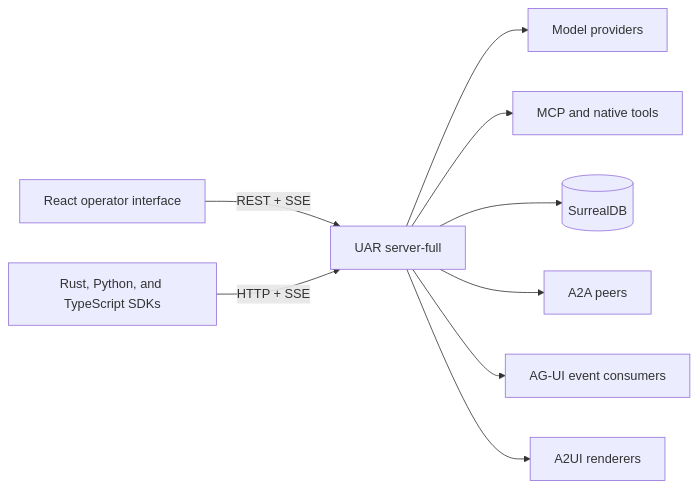
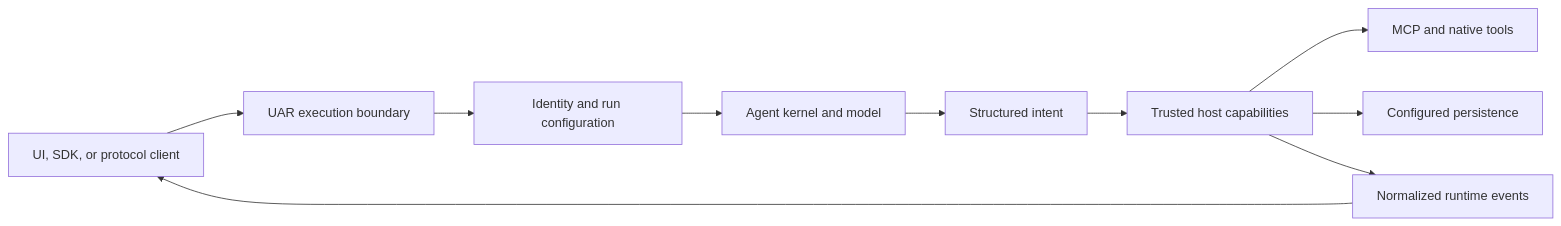
One commit to Prometheus-AGS/universal-agent-runtime changed the diagram in website/docs/architecture/intro.md. Above: the diagram before and after it, drawn with Mermaid. The commit also changed other lines of this file and 53 other files, not shown here.

Commit message:
docs: publish UAR architecture guide

````diff
--- a/website/docs/architecture/intro.md
+++ b/website/docs/architecture/intro.md
@@ -8,11 +32,12 @@
 ```mermaid
 flowchart LR
-    UI[React operator interface] -->|REST + SSE| UAR[UAR server-full]
-    SDK[Rust, Python, and TypeScript SDKs] -->|HTTP + SSE| UAR
-    UAR --> LLM[Model providers]
-    UAR --> MCP[MCP and native tools]
-    UAR --> DB[(SurrealDB)]
-    UAR --> A2A[A2A peers]
-    UAR --> AGUI[AG-UI event consumers]
-    UAR --> A2UI[A2UI renderers]
+    Client[UI, SDK, or protocol client] --> Boundary[UAR execution boundary]
+    Boundary --> Identity[Identity and run configuration]
+    Identity --> Agent[Agent kernel and model]
+    Agent --> Intent[Structured intent]
+    Intent --> Host[Trusted host capabilities]
+    Host --> Tools[MCP and native tools]
+    Host --> State[Configured persistence]
+    Host --> Events[Normalized runtime events]
+    Events --> Client
 ```
````
